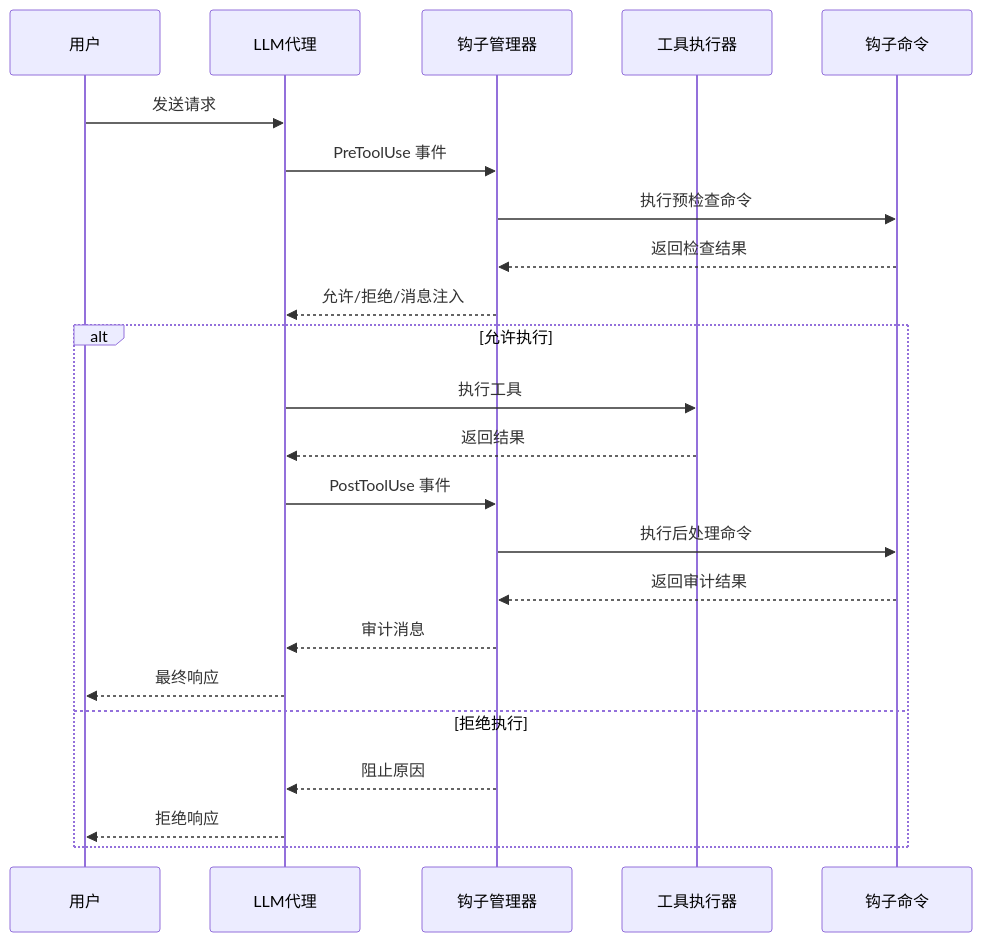
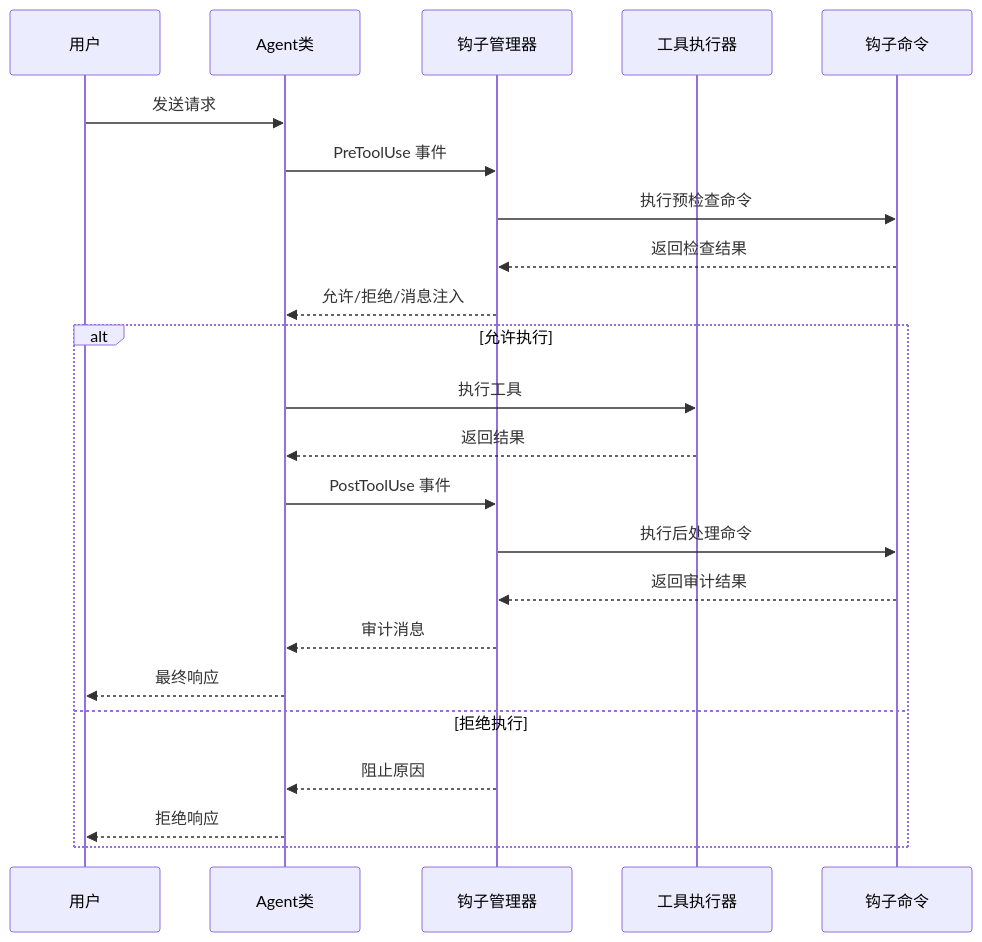
Before and after one commit to eurekaYYzero/Mini-Claude-Code: the second of 9 diagrams in .qoder/repowiki/zh/content/核心功能详解/钩子系统.md, drawn with Mermaid. The commit also changed other lines of this file and 27 other files, not shown here.

````diff
--- a/.qoder/repowiki/zh/content/核心功能详解/钩子系统.md
+++ b/.qoder/repowiki/zh/content/核心功能详解/钩子系统.md
@@ -112,25 +144,25 @@
 ```mermaid
 sequenceDiagram
 participant User as 用户
-participant LLM as LLM代理
+participant Agent as Agent类
 participant HookMgr as 钩子管理器
 participant Tool as 工具执行器
 participant HookCmd as 钩子命令
-User->>LLM : 发送请求
-LLM->>HookMgr : PreToolUse 事件
+User->>Agent : 发送请求
+Agent->>HookMgr : PreToolUse 事件
 HookMgr->>HookCmd : 执行预检查命令
 HookCmd-->>HookMgr : 返回检查结果
-HookMgr-->>LLM : 允许/拒绝/消息注入
+HookMgr-->>Agent : 允许/拒绝/消息注入
 alt 允许执行
-LLM->>Tool : 执行工具
-Tool-->>LLM : 返回结果
-LLM->>HookMgr : PostToolUse 事件
+Agent->>Tool : 执行工具
+Tool-->>Agent : 返回结果
+Agent->>HookMgr : PostToolUse 事件
 HookMgr->>HookCmd : 执行后处理命令
 HookCmd-->>HookMgr : 返回审计结果
-HookMgr-->>LLM : 审计消息
-LLM-->>User : 最终响应
+HookMgr-->>Agent : 审计消息
+Agent-->>User : 最终响应
 else 拒绝执行
-HookMgr-->>LLM : 阻止原因
-LLM-->>User : 拒绝响应
+HookMgr-->>Agent : 阻止原因
+Agent-->>User : 拒绝响应
 end
 ```
````
